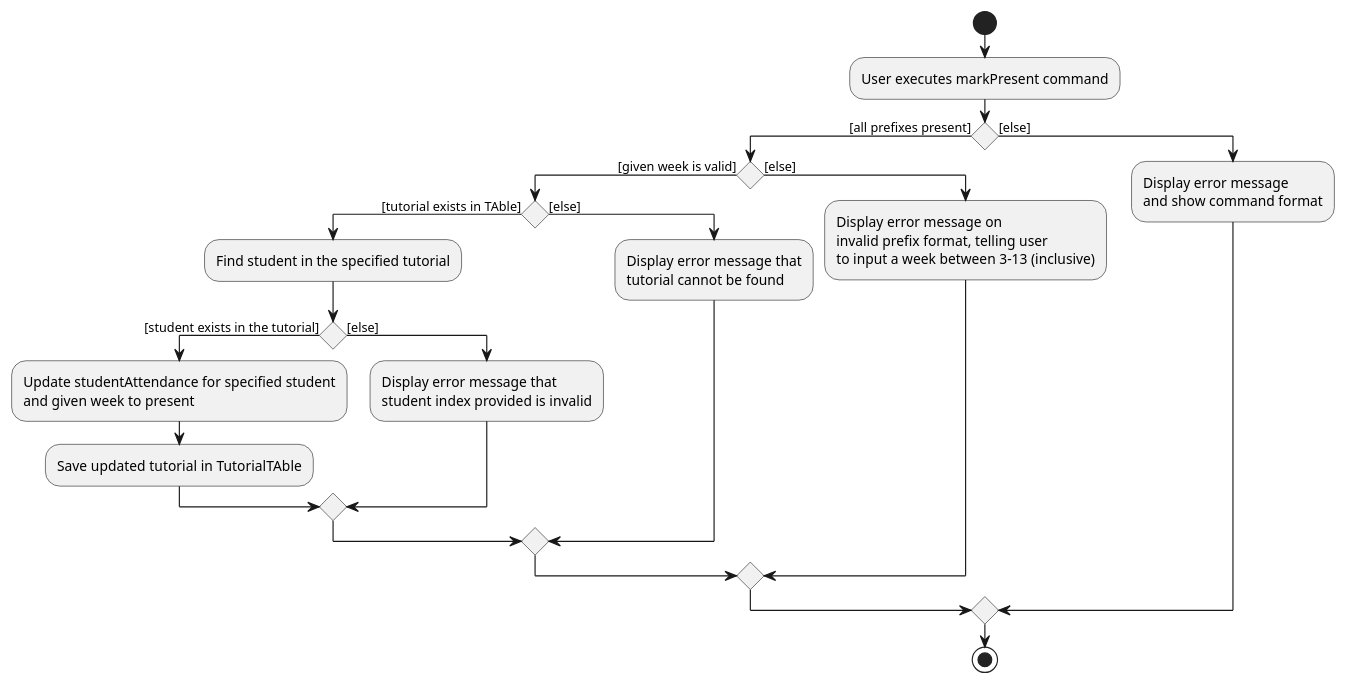
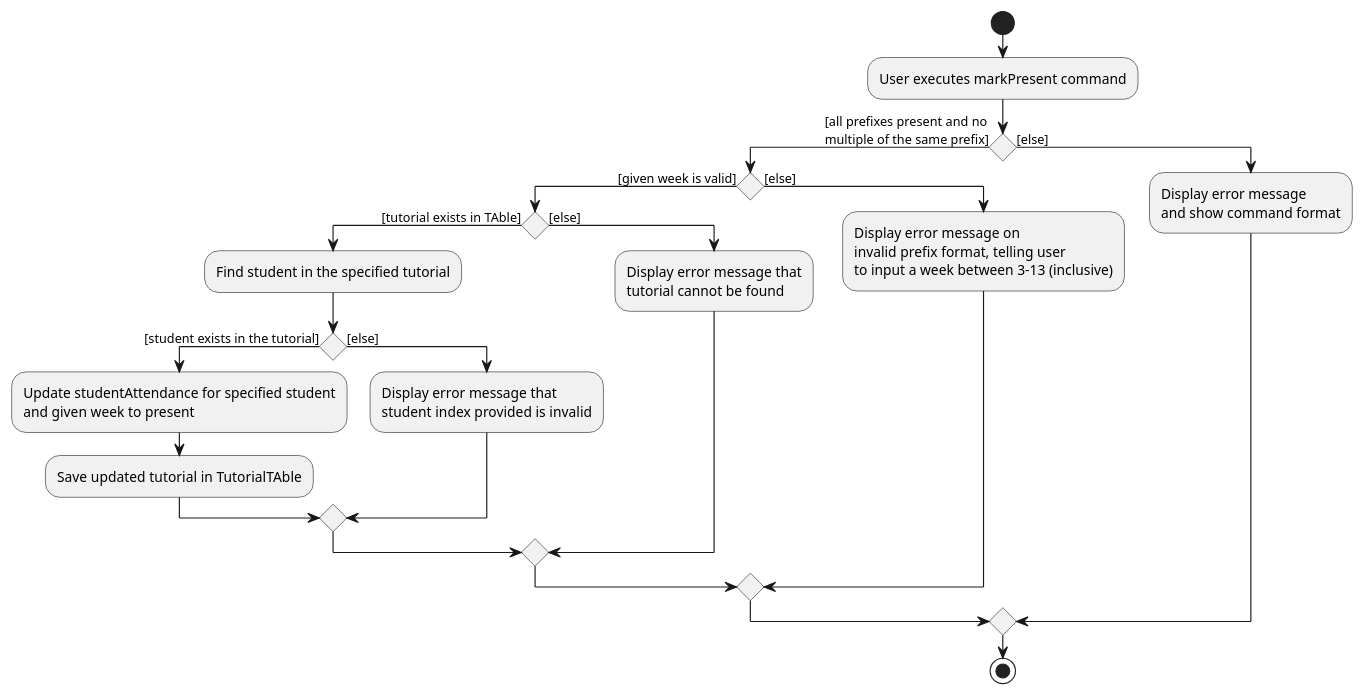
Before and after one commit to suwoons/main: the diagram in docs/diagrams/TutorialMarkPresentActivityDiagram.puml, drawn with PlantUML. The commit also changed 1 other file, not shown here.

Commit message:
Update activity diagram

```diff
--- a/docs/diagrams/TutorialMarkPresentActivityDiagram.puml
+++ b/docs/diagrams/TutorialMarkPresentActivityDiagram.puml
@@ -1,33 +1,34 @@
 @startuml
 start
 :User executes markPresent command;
 
-if () then ([all prefixes present])
+if () then ([all prefixes present and no
+multiple of the same prefix])
     if () then ([given week is valid])
         if () then ([tutorial exists in TAble])
             :Find student in the specified tutorial;
 
             if () then ([student exists in the tutorial])
                 :Update studentAttendance for specified student
                 and given week to present;
                 :Save updated tutorial in TutorialTAble;
             else ([else])
                 :Display error message that
                 student index provided is invalid;
             endif
         else ([else])
             :Display error message that
             tutorial cannot be found;
         endif
     else ([else])
         :Display error message on
         invalid prefix format, telling user
         to input a week between 3-13 (inclusive);
     endif
 else ([else])
    :Display error message
    and show command format;
 endif
 
 stop
 @enduml
```
